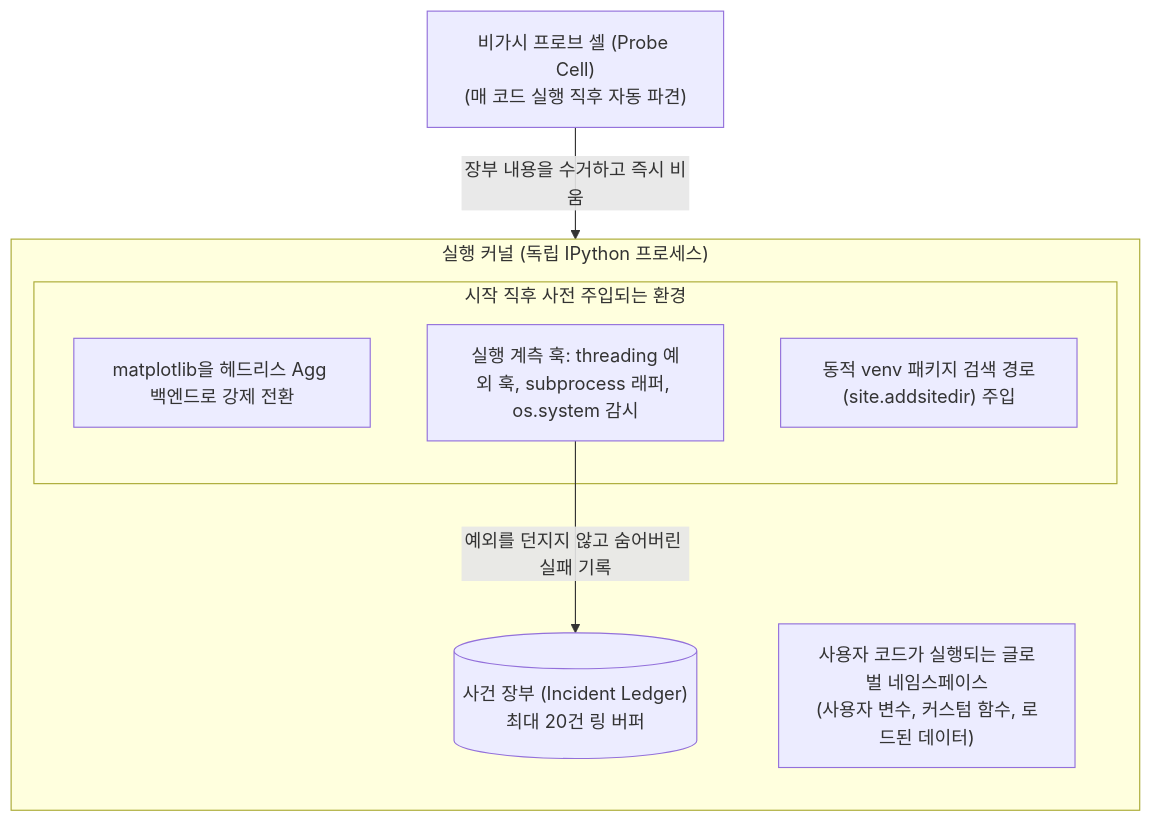
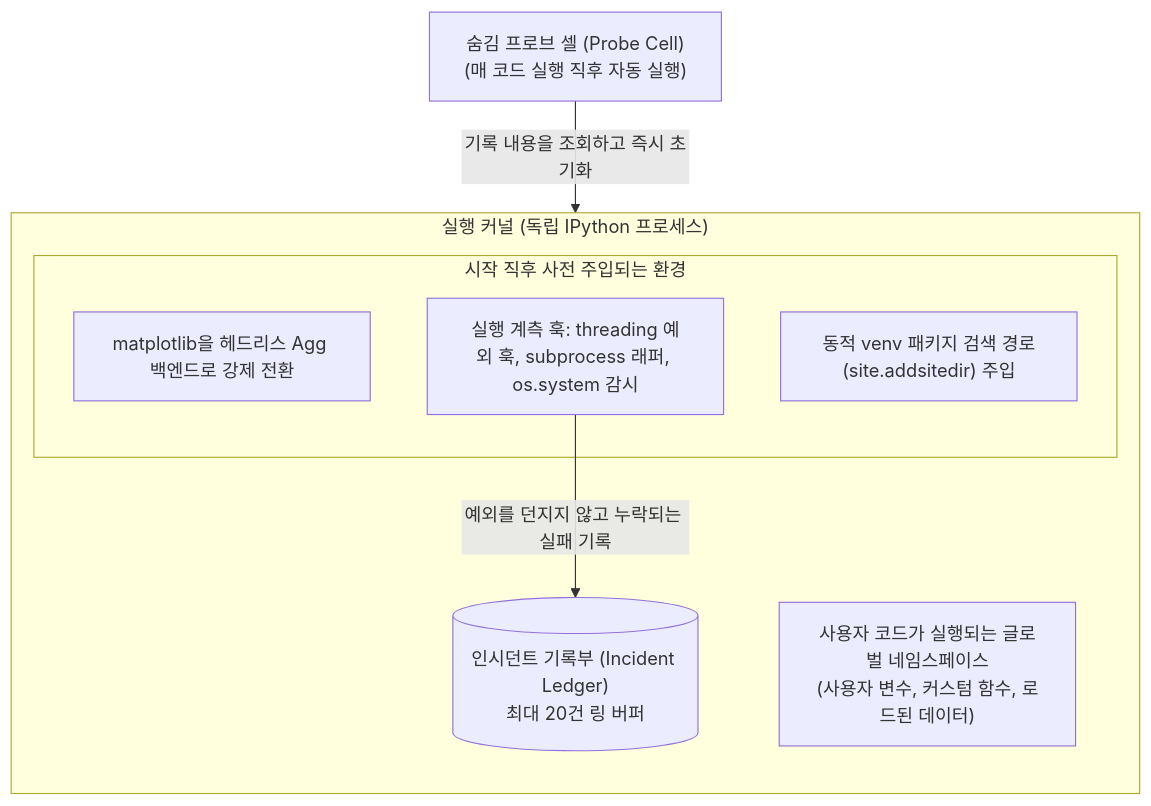
The fourth of 4 diagrams in lectures/03-architecture/01-static-view.md (HaJaehee/AirGappedPySandbox), drawn with Mermaid before and after one commit. The commit also changed other lines of this file and 25 other files, not shown here.

First line of the commit message:
DOCS: 교육자료(lectures) 및 다이어그램 한국어 표현 전수 조사 및 표준 기술 용어 정제

````diff
--- a/lectures/03-architecture/01-static-view.md
+++ b/lectures/03-architecture/01-static-view.md
@@ -193,15 +193,15 @@
 ```mermaid
 flowchart TB
     subgraph K["실행 커널 (독립 IPython 프로세스)"]
         direction TB
         subgraph S["시작 직후 사전 주입되는 환경"]
             A1["matplotlib을 헤드리스 Agg 백엔드로 강제 전환"]
             A2["실행 계측 훅: threading 예외 훅, subprocess 래퍼, os.system 감시"]
             A3["동적 venv 패키지 검색 경로(site.addsitedir) 주입"]
         end
         U["사용자 코드가 실행되는 글로벌 네임스페이스<br/>(사용자 변수, 커스텀 함수, 로드된 데이터)"]
-        L[("사건 장부 (Incident Ledger)<br/>최대 20건 링 버퍼")]
-        A2 -- "예외를 던지지 않고 숨어버린 실패 기록" --> L
+        L[("인시던트 기록부 (Incident Ledger)<br/>최대 20건 링 버퍼")]
+        A2 -- "예외를 던지지 않고 누락되는 실패 기록" --> L
     end
-    P["비가시 프로브 셀 (Probe Cell)<br/>(매 코드 실행 직후 자동 파견)"] -- "장부 내용을 수거하고 즉시 비움" --> L
+    P["숨김 프로브 셀 (Probe Cell)<br/>(매 코드 실행 직후 자동 실행)"] -- "기록 내용을 조회하고 즉시 초기화" --> L
 ```
````
